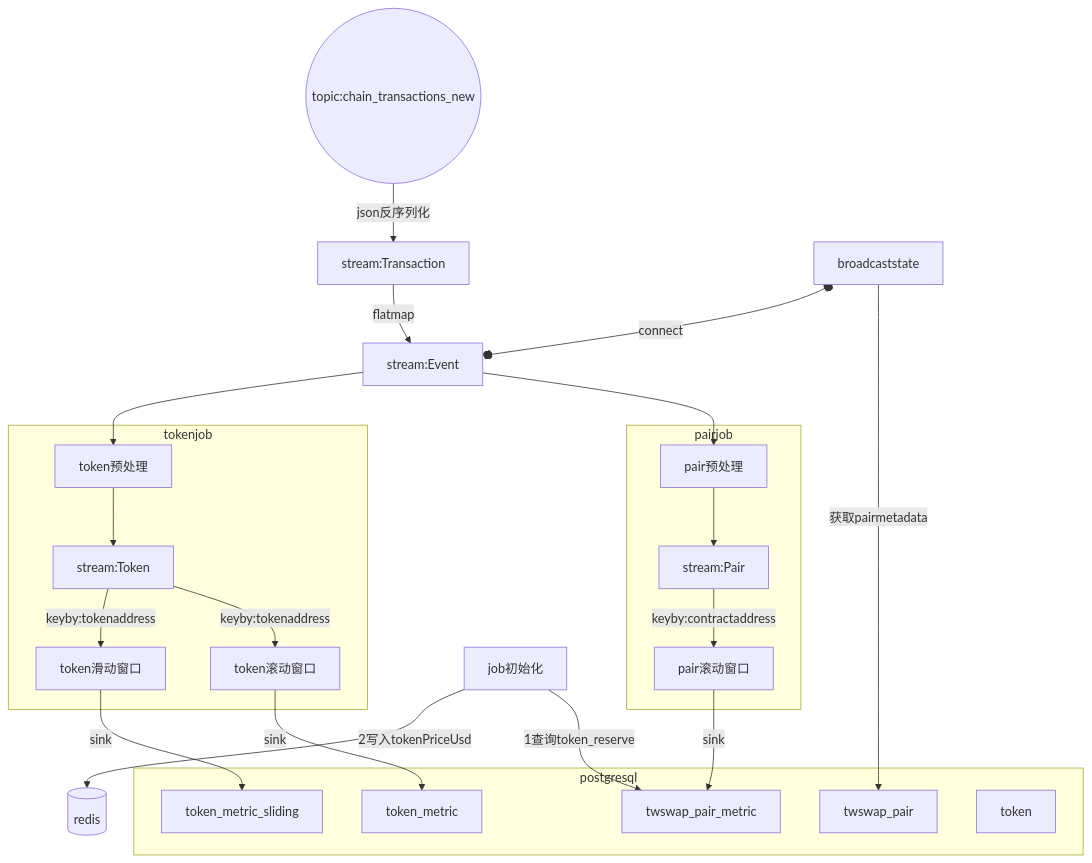
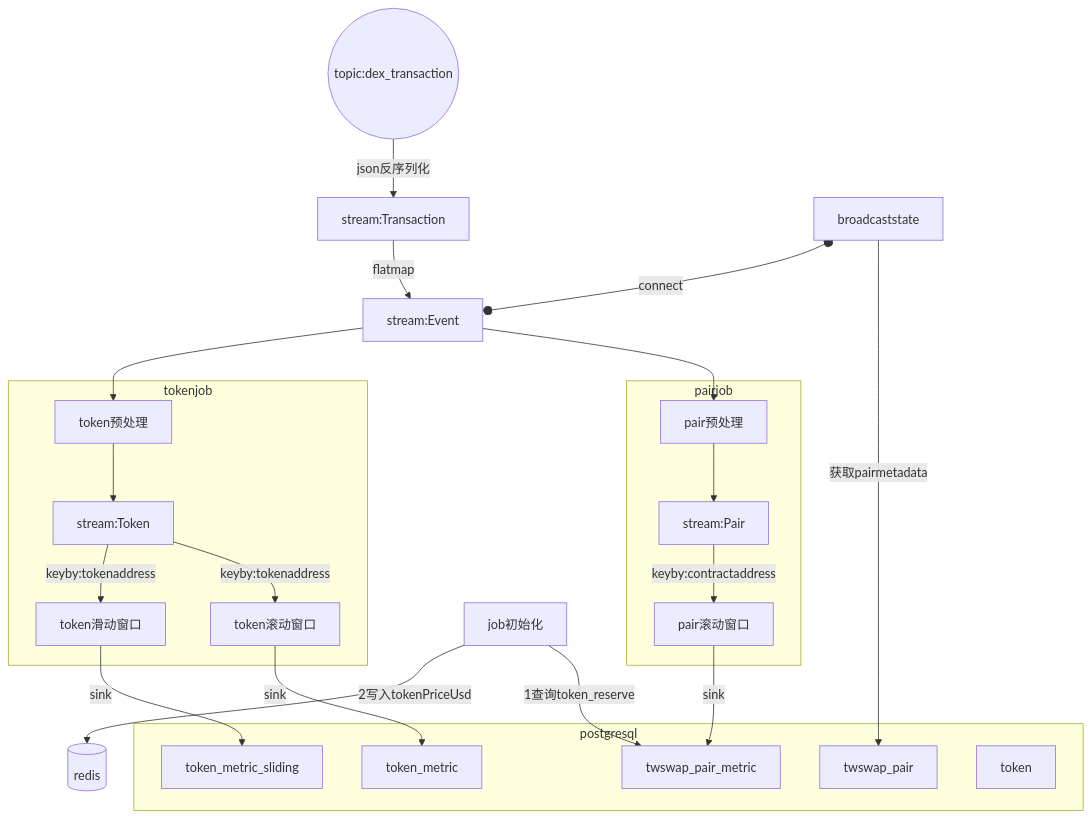
One commit to sjtutwilight/Twilight changed the first of 2 diagrams in design/aggregator.md. Above: the diagram before and after it, drawn with Mermaid. The commit also changed other lines of this file and 35 other files, not shown here.

````diff
--- a/design/aggregator.md
+++ b/design/aggregator.md
@@ -7,39 +7,39 @@
 ```mermaid
 flowchart TD
 	job初始化--1查询token_reserve-->twswap_pair_metric
 	job初始化--2写入tokenPriceUsd-->redis
- kafka((topic:chain_transactions_new))--json反序列化-->stream:Transaction
+ kafka((topic:dex_transaction))--json反序列化-->stream:Transaction
  stream:Transaction--flatmap -->stream:Event
  broadcaststate--获取pairmetadata-->twswap_pair
 
  broadcaststate o--connect--o stream:Event
   stream:Event -->pair预处理 --> stream:Pair
 	stream:Event -->token预处理 -->stream:Token
 	stream:Pair --keyby:contractaddress--> pair滚动窗口
 	stream:Token --keyby:tokenaddress-->token滚动窗口
   stream:Token --keyby:tokenaddress-->token滑动窗口
 	pair滚动窗口 --sink--> twswap_pair_metric
 	token滚动窗口 --sink-->token_metric
   token滑动窗口 --sink-->token_metric_sliding
 	 
 redis[(redis)]
  subgraph pairjob
  pair预处理
  stream:Pair
  pair滚动窗口
     end
  subgraph tokenjob
     token预处理
     stream:Token
     token滚动窗口
     token滑动窗口
     end
 subgraph postgresql
 token
 token_metric
 token_metric_sliding
 twswap_pair
 twswap_pair_metric
     end
 
 ```
````
